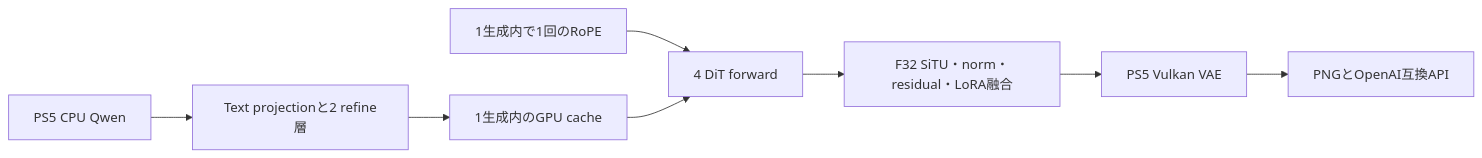
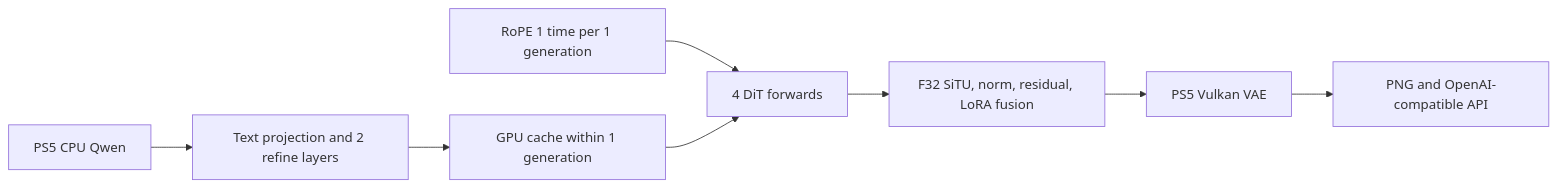
One commit to akiba-tokyo-jp/PS5-AI-MOSS-Image changed the diagram in docs/moss-dit-fusion-20261020.md. Above: the diagram before and after it, drawn with Mermaid. The commit also changed other lines of this file and 25 other files, not shown here.

```diff
--- a/docs/moss-dit-fusion-20261020.md
+++ b/docs/moss-dit-fusion-20261020.md
@@ -20,10 +20,10 @@
 ~~~mermaid
 flowchart LR
-  Q[PS5 CPU Qwen] --> T[Text projectionと2 refine層]
-  T --> C[1生成内のGPU cache]
-  R[1生成内で1回のRoPE] --> D[4 DiT forward]
+  Q[PS5 CPU Qwen] --> T[Text projection and 2 refine layers]
+  T --> C[GPU cache within 1 generation]
+  R[RoPE 1 time per 1 generation] --> D[4 DiT forwards]
   C --> D
-  D --> F[F32 SiTU・norm・residual・LoRA融合]
+  D --> F[F32 SiTU, norm, residual, LoRA fusion]
   F --> V[PS5 Vulkan VAE]
-  V --> P[PNGとOpenAI互換API]
+  V --> P[PNG and OpenAI-compatible API]
 ~~~
```
